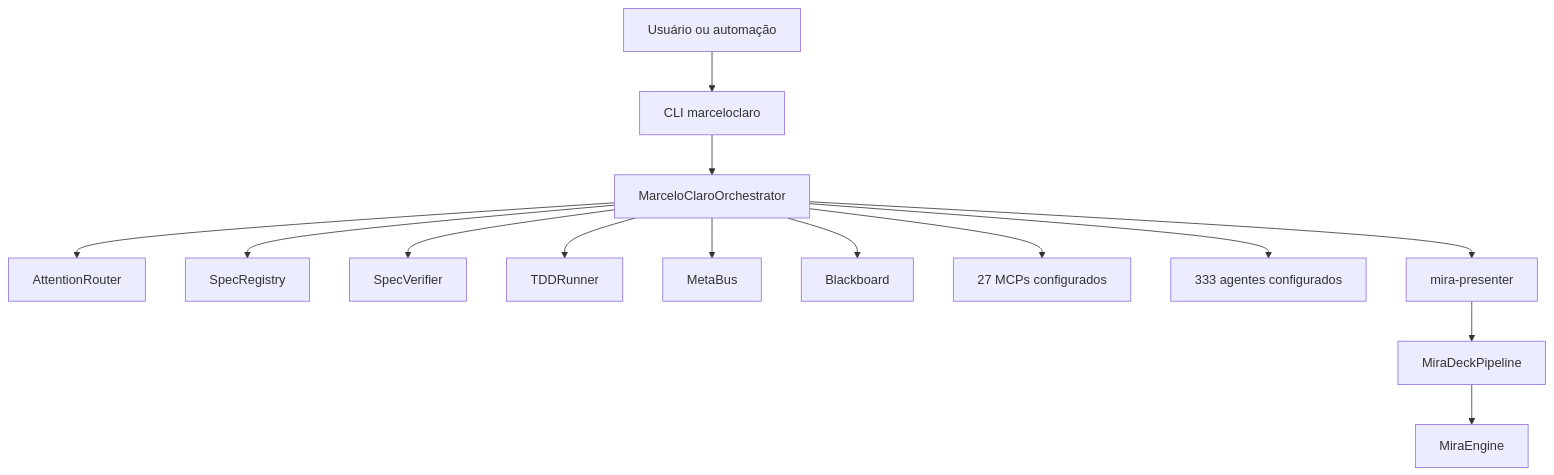
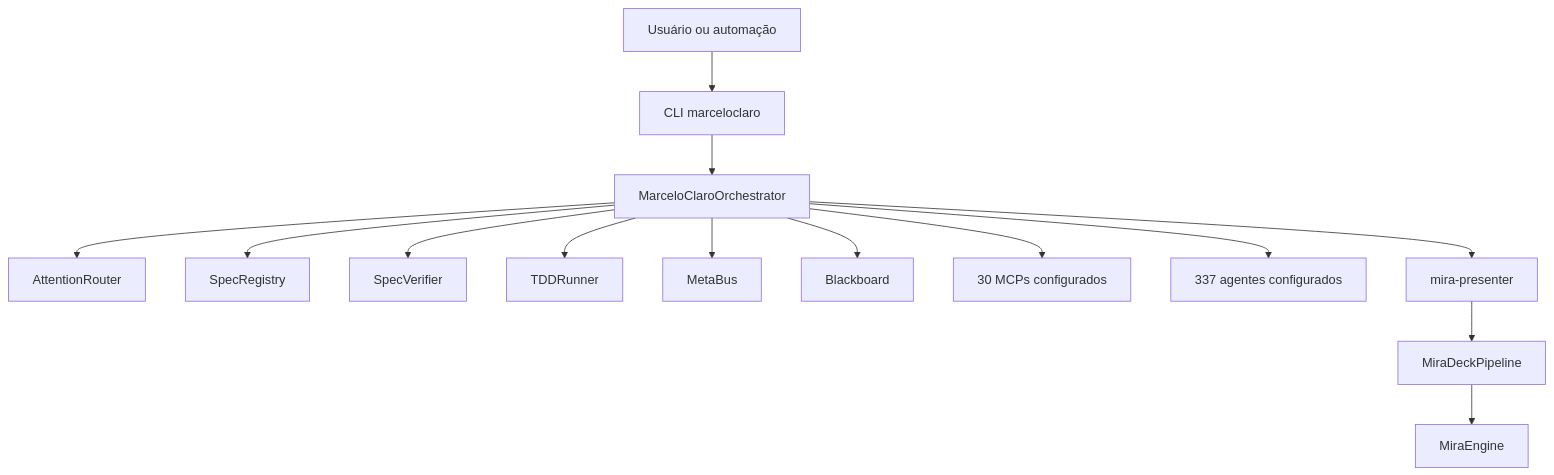
One commit to MarceloClaro/opencode-ecosystem-core changed the third of 29 diagrams in README.md. Above: the diagram before and after it, drawn with Mermaid. The commit also changed other lines of this file and 6 other files, not shown here.

````diff
--- a/README.md
+++ b/README.md
@@ -1063,16 +1079,16 @@
 ```mermaid
 flowchart TB
     Usuario2[Usuário ou automação] --> CLI2[CLI marceloclaro]
     CLI2 --> Orq2[MarceloClaroOrchestrator]
     Orq2 --> Router[AttentionRouter]
     Orq2 --> SpecRegistry2[SpecRegistry]
     Orq2 --> SpecVerifier2[SpecVerifier]
     Orq2 --> TDDRunner2[TDDRunner]
     Orq2 --> MetaBus2[MetaBus]
     Orq2 --> Blackboard2[Blackboard]
-    Orq2 --> MCP2[27 MCPs configurados]
-    Orq2 --> Agents2[333 agentes configurados]
+    Orq2 --> MCP2[30 MCPs configurados]
+    Orq2 --> Agents2[337 agentes configurados]
     Orq2 --> Mira2[mira-presenter]
     Mira2 --> Deck2[MiraDeckPipeline]
     Deck2 --> Engine2[MiraEngine]
 ```
````
